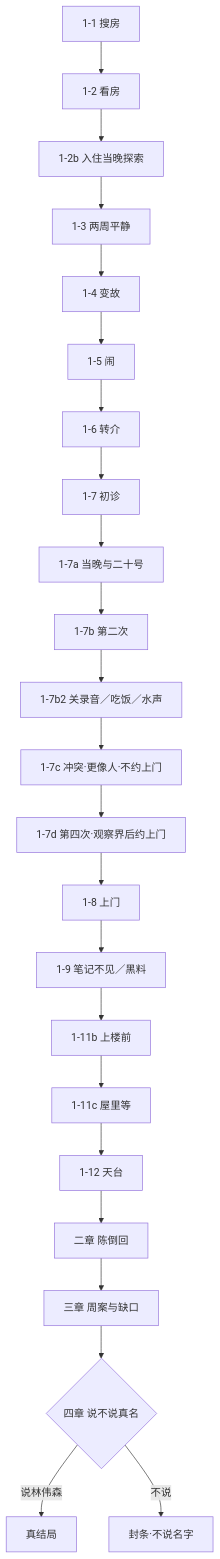
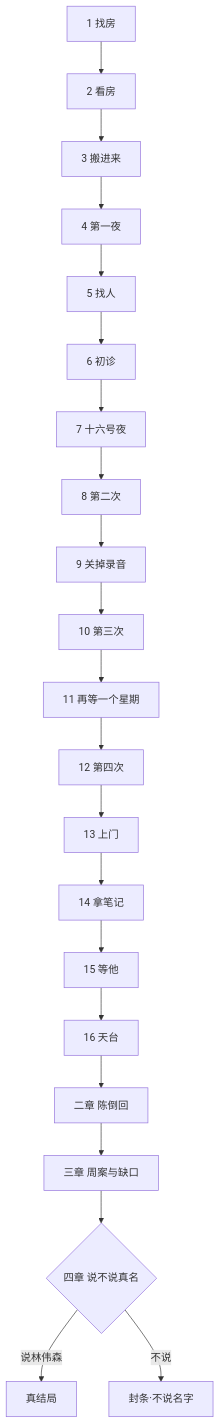
Before and after one commit to HSDCT1230/game_undo: the diagram in 策划/剧本/08-对话分支.md, drawn with Mermaid. The commit also changed other lines of this file and 265 other files, not shown here.

````diff
--- a/策划/剧本/08-对话分支.md
+++ b/策划/剧本/08-对话分支.md
@@ -52,25 +56,23 @@
 ```mermaid
 flowchart TD
-  start[1-1 搜房] --> live[1-2 看房]
-  live --> unpack[1-2b 入住当晚探索]
-  unpack --> calm[1-3 两周平静]
-  calm --> break[1-4 变故]
-  break --> night[1-5 闹]
-  night --> refer[1-6 转介]
-  refer --> clinic[1-7 初诊]
-  clinic --> w1[1-7a 当晚与二十号]
-  w1 --> c2[1-7b 第二次]
-  c2 --> w2[1-7b2 关录音／吃饭／水声]
-  w2 --> c3[1-7c 冲突·更像人·不约上门]
-  c3 --> c4[1-7d 第四次·观察界后约上门]
-  c4 --> visit[1-8 上门]
-  visit --> miss[1-9 笔记不见／黑料]
-  miss --> up[1-11b 上楼前]
-  up --> waitc[1-11c 屋里等]
-  waitc --> roof[1-12 天台]
+  start[1 找房] --> live[2 看房]
+  live --> unpack[3 搬进来]
+  unpack --> night[4 第一夜]
+  night --> refer[5 找人]
+  refer --> clinic[6 初诊]
+  clinic --> w1[7 十六号夜]
+  w1 --> c2[8 第二次]
+  c2 --> w2[9 关掉录音]
+  w2 --> c3[10 第三次]
+  c3 --> wk[11 再等一个星期]
+  wk --> c4[12 第四次]
+  c4 --> visit[13 上门]
+  visit --> miss[14 拿笔记]
+  miss --> name[15 等他]
+  name --> roof[16 天台]
   roof --> ch2[二章 陈倒回]
   ch2 --> ch3[三章 周案与缺口]
   ch3 --> ch4{四章 说不说真名}
   ch4 -->|说林伟森| trueEnd[真结局]
   ch4 -->|不说| seal[封条·不说名字]
 ```
````
